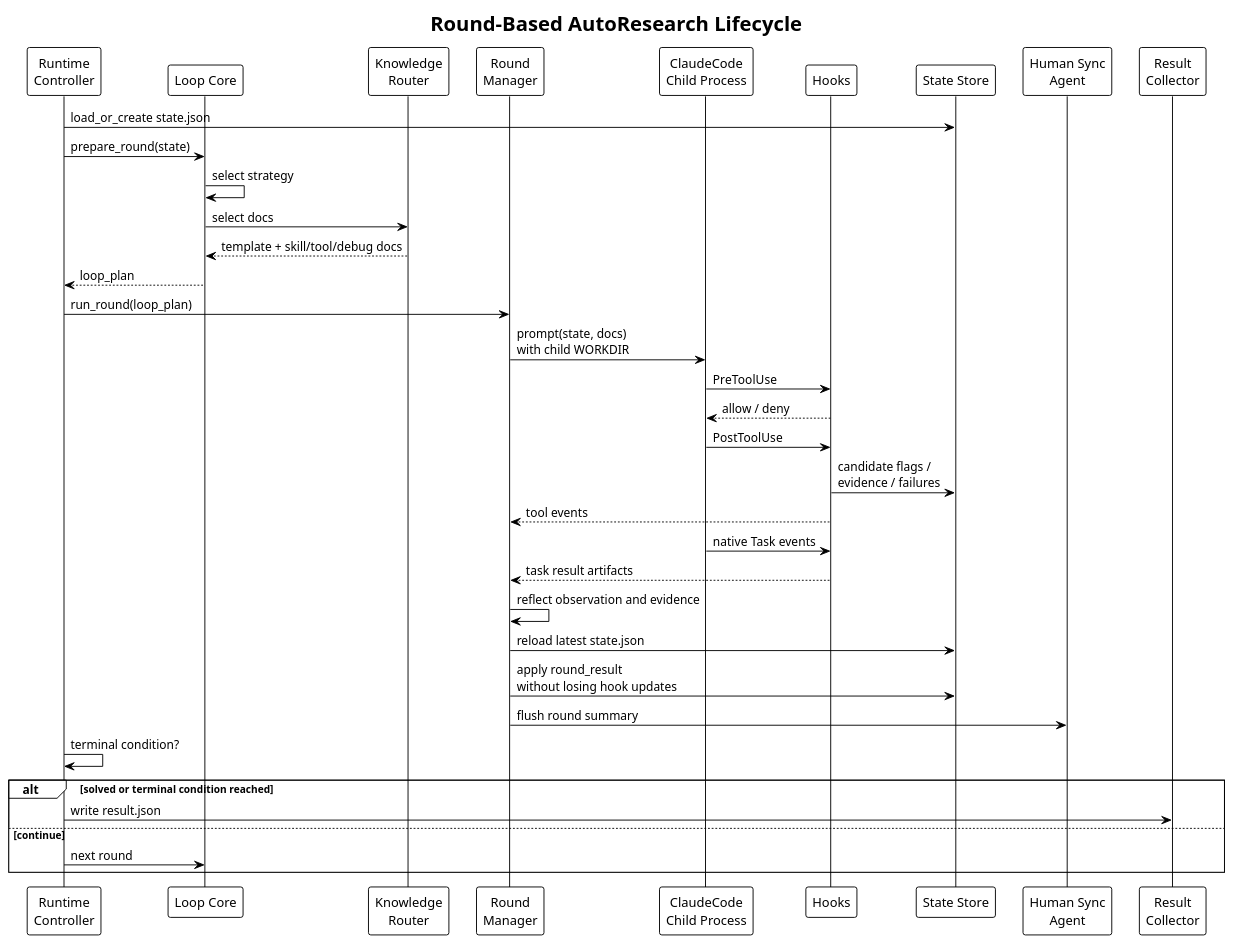
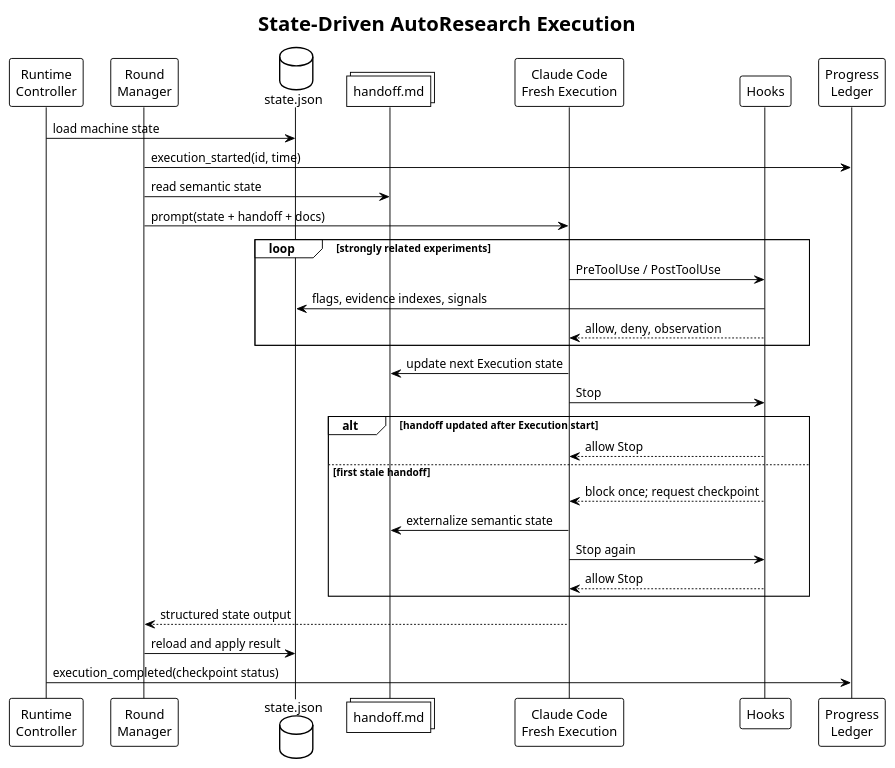
The diagram in docs/architecture/diagrams/round-lifecycle.puml (DoubleMice/aixctf), drawn with PlantUML before and after one commit. The commit also changed 30 other files, not shown here.

Commit message:
Add state-driven handoff checkpoints

```diff
--- a/docs/architecture/diagrams/round-lifecycle.puml
+++ b/docs/architecture/diagrams/round-lifecycle.puml
@@ -1,47 +1,43 @@
 @startuml
 !theme plain
 skinparam backgroundColor #FFFFFF
 skinparam shadowing false
 skinparam defaultFontName Arial
 
-title Round-Based AutoResearch Lifecycle
+title State-Driven AutoResearch Execution
 
 participant "Runtime\nController" as Runtime
-participant "Loop Core" as Loop
-participant "Knowledge\nRouter" as Knowledge
 participant "Round\nManager" as Round
-participant "ClaudeCode\nChild Process" as Claude
+database "state.json" as State
+collections "handoff.md" as Handoff
+participant "Claude Code\nFresh Execution" as Claude
 participant "Hooks" as Hooks
-participant "State Store" as State
-participant "Human Sync\nAgent" as Sync
-participant "Result\nCollector" as Result
+participant "Progress\nLedger" as Progress
 
-Runtime -> State : load_or_create state.json
-Runtime -> Loop : prepare_round(state)
-Loop -> Loop : select strategy
-Loop -> Knowledge : select docs
-Knowledge --> Loop : template + skill/tool/debug docs
-Loop --> Runtime : loop_plan
+Runtime -> State : load machine state
+Round -> Progress : execution_started(id, time)
+Round -> Handoff : read semantic state
+Round -> Claude : prompt(state + handoff + docs)
 
-Runtime -> Round : run_round(loop_plan)
-Round -> Claude : prompt(state, docs)\nwith child WORKDIR
-Claude -> Hooks : PreToolUse
-Hooks --> Claude : allow / deny
-Claude -> Hooks : PostToolUse
-Hooks -> State : candidate flags /\nevidence / failures
-Hooks --> Round : tool events
-Claude -> Hooks : native Task events
-Hooks --> Round : task result artifacts
-Round -> Round : reflect observation and evidence
-Round -> State : reload latest state.json
-Round -> State : apply round_result\nwithout losing hook updates
-Round -> Sync : flush round summary
-Runtime -> Runtime : terminal condition?
-
-alt solved or terminal condition reached
-  Runtime -> Result : write result.json
-else continue
-  Runtime -> Loop : next round
+loop strongly related experiments
+  Claude -> Hooks : PreToolUse / PostToolUse
+  Hooks -> State : flags, evidence indexes, signals
+  Hooks --> Claude : allow, deny, observation
 end
 
+Claude -> Handoff : update next Execution state
+Claude -> Hooks : Stop
+alt handoff updated after Execution start
+  Hooks --> Claude : allow Stop
+else first stale handoff
+  Hooks --> Claude : block once; request checkpoint
+  Claude -> Handoff : externalize semantic state
+  Claude -> Hooks : Stop again
+  Hooks --> Claude : allow Stop
+end
+
+Claude --> Round : structured state output
+Round -> State : reload and apply result
+Runtime -> Progress : execution_completed(checkpoint status)
+
 @enduml
```
